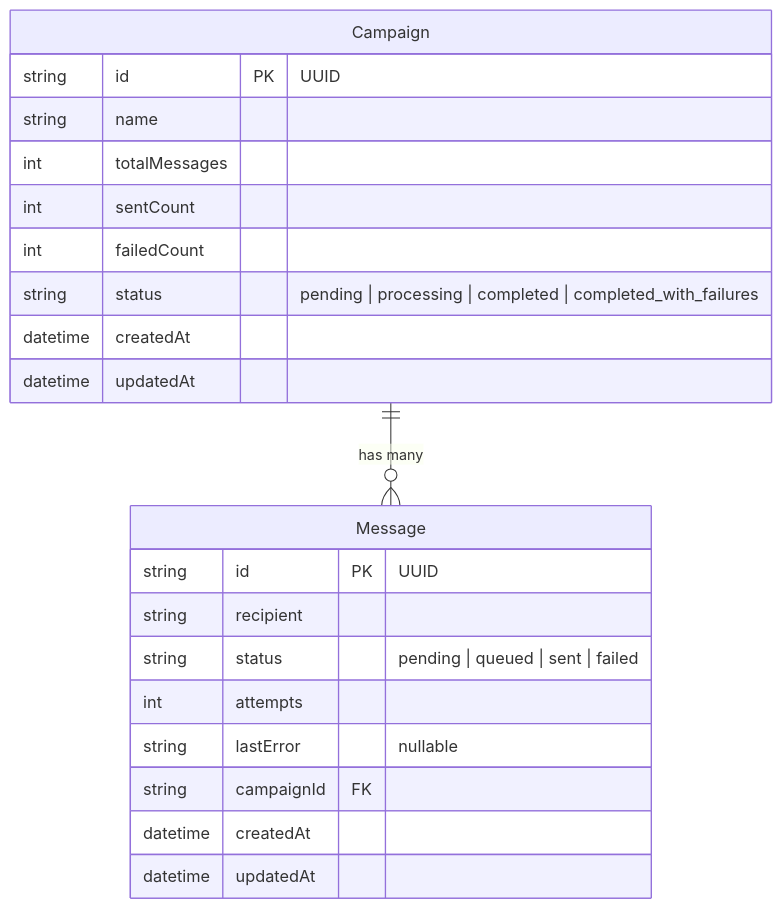
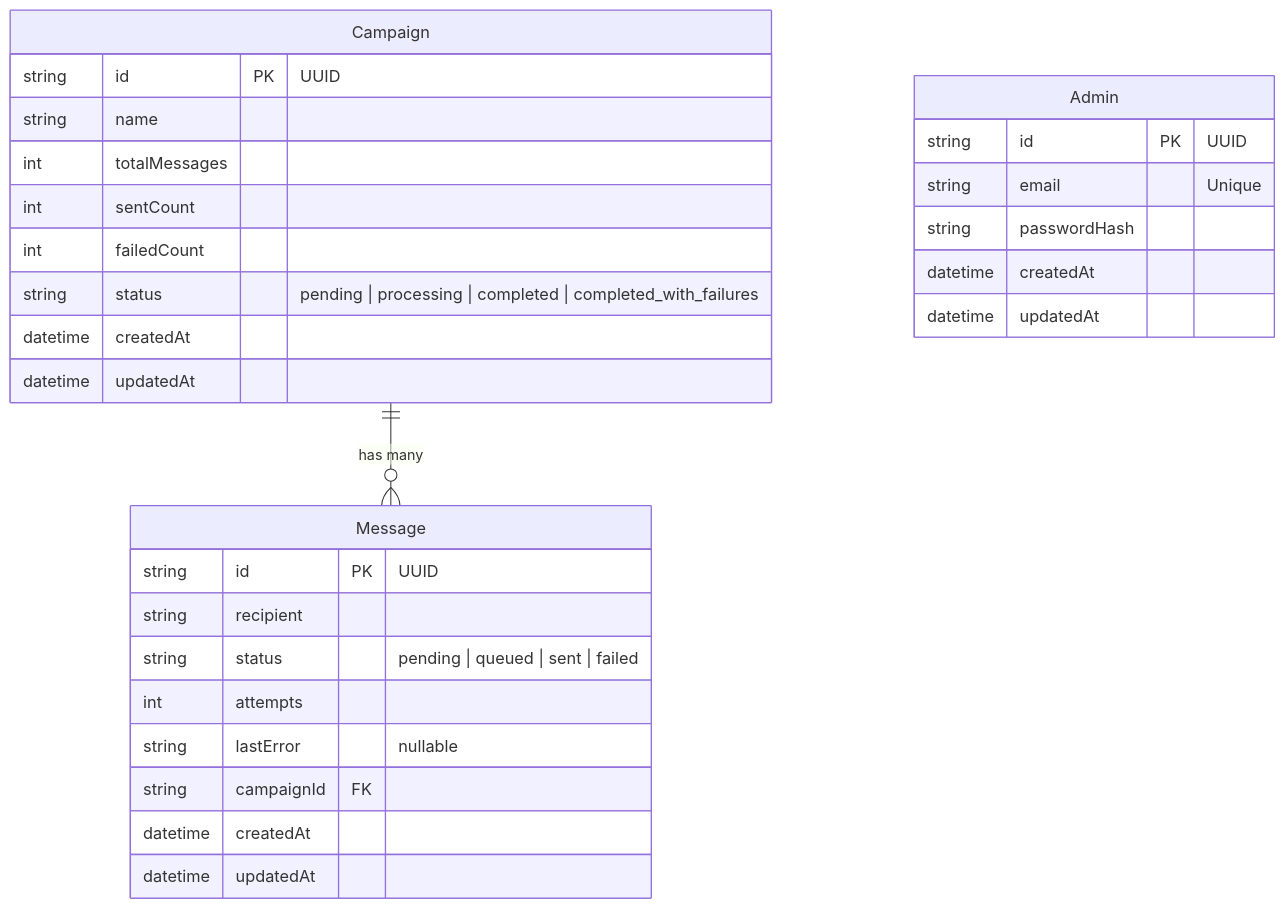
One commit to kevinsidlacan/distributed-notification-service changed the second of 2 diagrams in ARCHITECTURE.md. Above: the diagram before and after it, drawn with Mermaid. The commit also changed other lines of this file and 23 other files, not shown here.

````diff
--- a/ARCHITECTURE.md
+++ b/ARCHITECTURE.md
@@ -69,24 +79,31 @@
 ```mermaid
 erDiagram
     Campaign ||--o{ Message : "has many"
     Campaign {
         string id PK "UUID"
         string name
         int totalMessages
         int sentCount
         int failedCount
         string status "pending | processing | completed | completed_with_failures"
         datetime createdAt
         datetime updatedAt
     }
     Message {
         string id PK "UUID"
         string recipient
         string status "pending | queued | sent | failed"
         int attempts
         string lastError "nullable"
         string campaignId FK
         datetime createdAt
         datetime updatedAt
     }
+    Admin {
+        string id PK "UUID"
+        string email "Unique"
+        string passwordHash
+        datetime createdAt
+        datetime updatedAt
+    }
 ```
````
